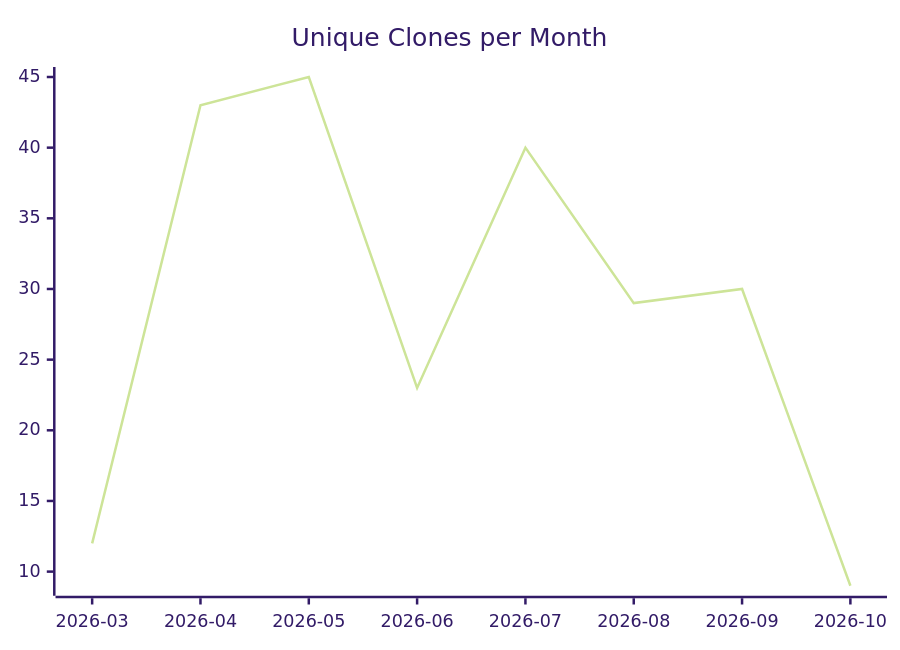
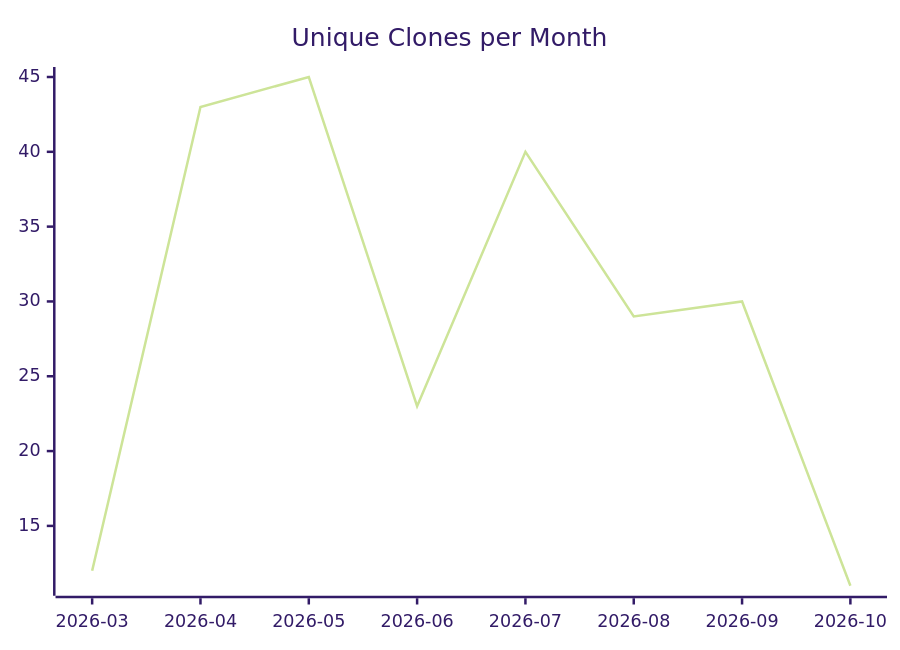
One commit to justdavis-family/github-analytics-data changed the third of 3 diagrams in karlmdavis/ksoap2-android/README.md. Above: the diagram before and after it, drawn with Mermaid (forest theme). The commit also changed other lines of this file and 199 other files, not shown here.

````diff
--- a/karlmdavis/ksoap2-android/README.md
+++ b/karlmdavis/ksoap2-android/README.md
@@ -19,6 +19,6 @@
 ```mermaid
 xychart-beta
   title "Unique Clones per Month"
   x-axis ["2026-03", "2026-04", "2026-05", "2026-06", "2026-07", "2026-08", "2026-09", "2026-10"]
-  line [12, 43, 45, 23, 40, 29, 30, 9]
+  line [12, 43, 45, 23, 40, 29, 30, 11]
 ```
````
